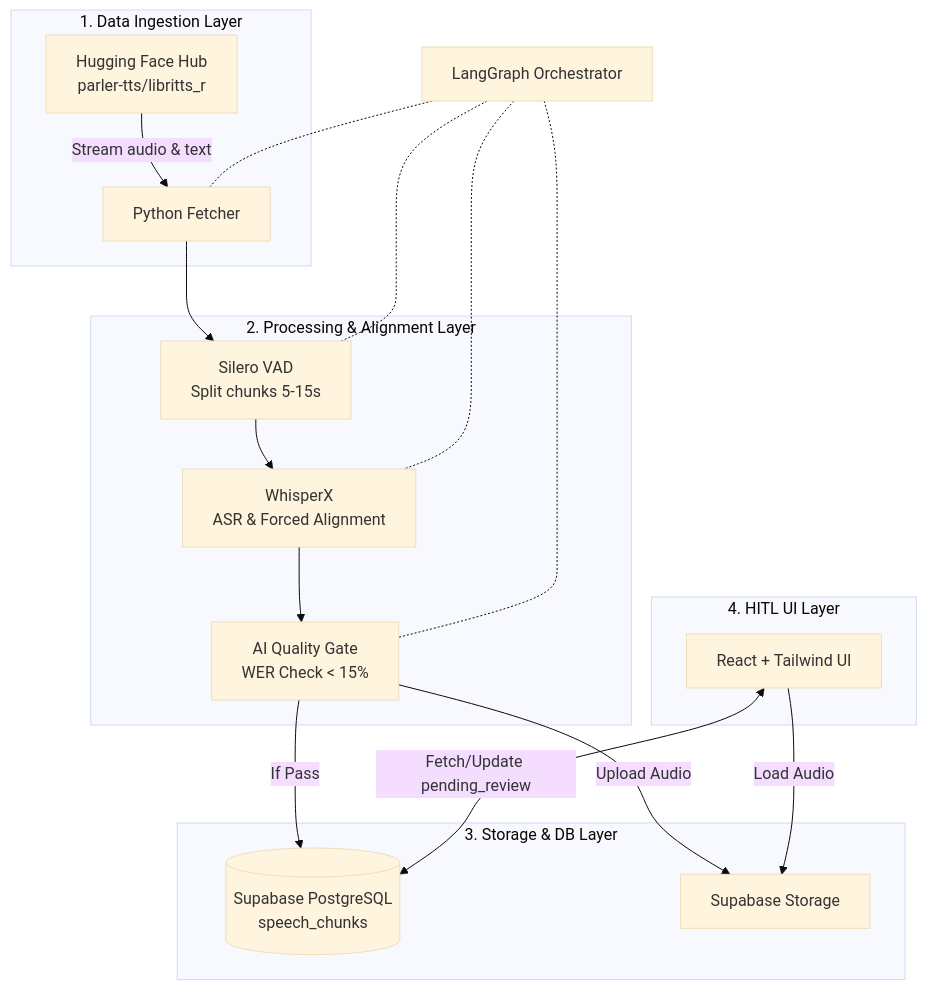
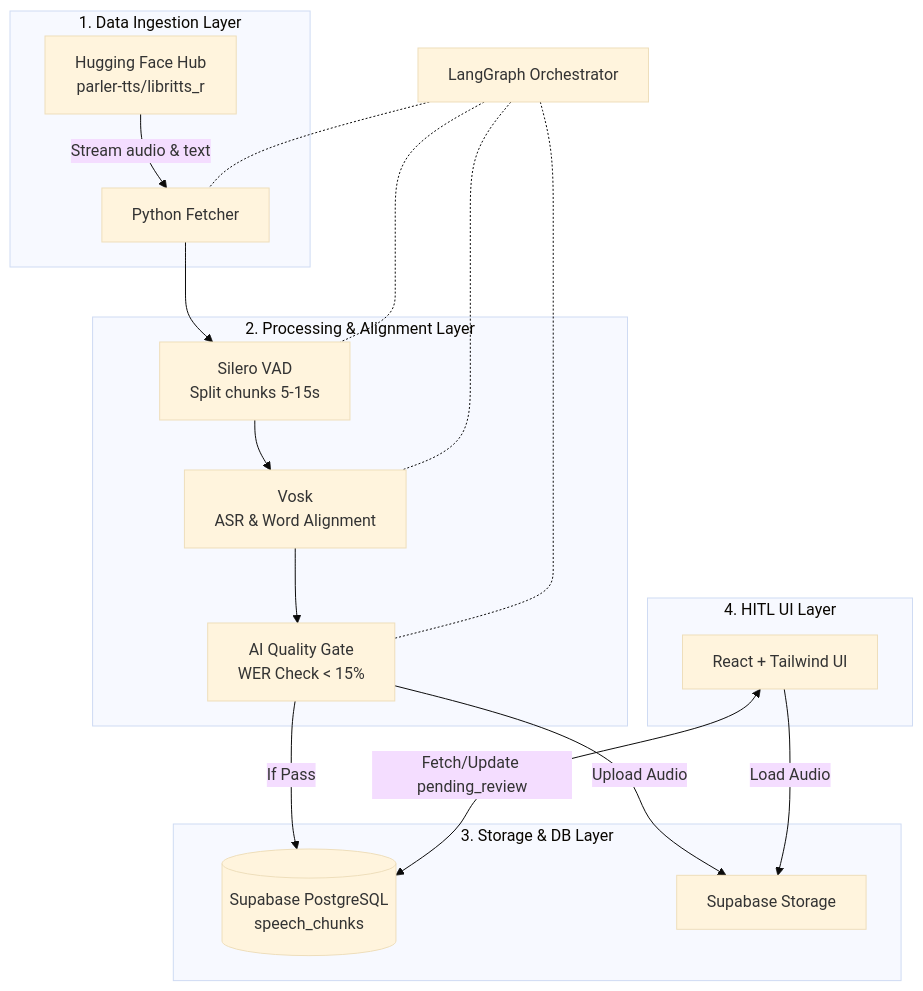
One commit to namtroi/AgenticSpeech changed the diagram in docs/architecture.md. Above: the diagram before and after it, drawn with Mermaid (base theme). The commit also changed other lines of this file and 22 other files, not shown here.

Commit message:
Migrate from WhisperX to Vosk, update documentation and docker configurations

````diff
--- a/docs/architecture.md
+++ b/docs/architecture.md
@@ -5,27 +5,27 @@
 ```mermaid
 graph TD
     subgraph 1. Data Ingestion Layer
         HF[Hugging Face Hub\nparler-tts/libritts_r] -->|Stream audio & text| Py1[Python Fetcher]
     end
 
     subgraph 2. Processing & Alignment Layer
         Py1 --> VAD[Silero VAD\nSplit chunks 5-15s]
-        VAD --> WX[WhisperX\nASR & Forced Alignment]
-        WX --> Eval[AI Quality Gate\nWER Check < 15%]
+        VAD --> Vosk[Vosk\nASR & Word Alignment]
+        Vosk --> Eval[AI Quality Gate\nWER Check < 15%]
     end
 
     subgraph 3. Storage & DB Layer
         Eval -->|If Pass| SupabaseDB[(Supabase PostgreSQL\nspeech_chunks)]
         Eval -->|Upload Audio| SupabaseS3[Supabase Storage]
     end
 
     subgraph 4. HITL UI Layer
         UI[React + Tailwind UI] <-->|Fetch/Update pending_review| SupabaseDB
         UI -->|Load Audio| SupabaseS3
     end
 
     LG[LangGraph Orchestrator] -.- Py1
     LG -.- VAD
-    LG -.- WX
+    LG -.- Vosk
     LG -.- Eval
 ```
````
